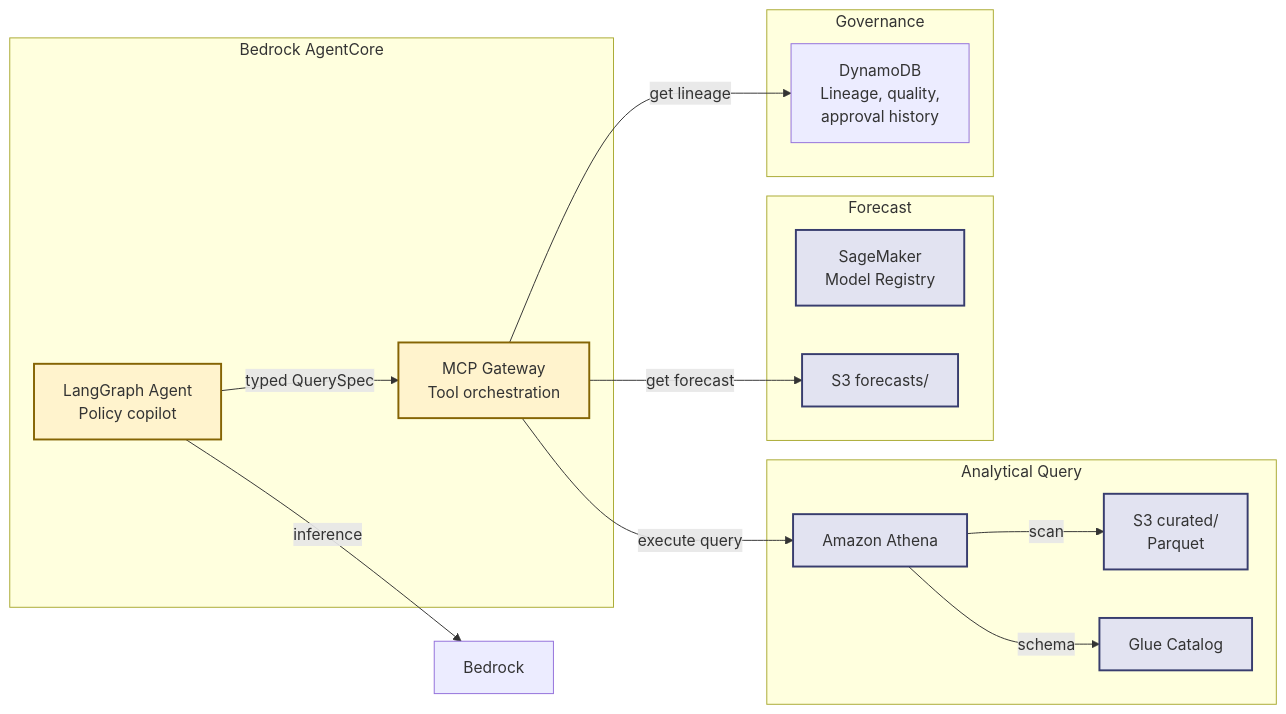
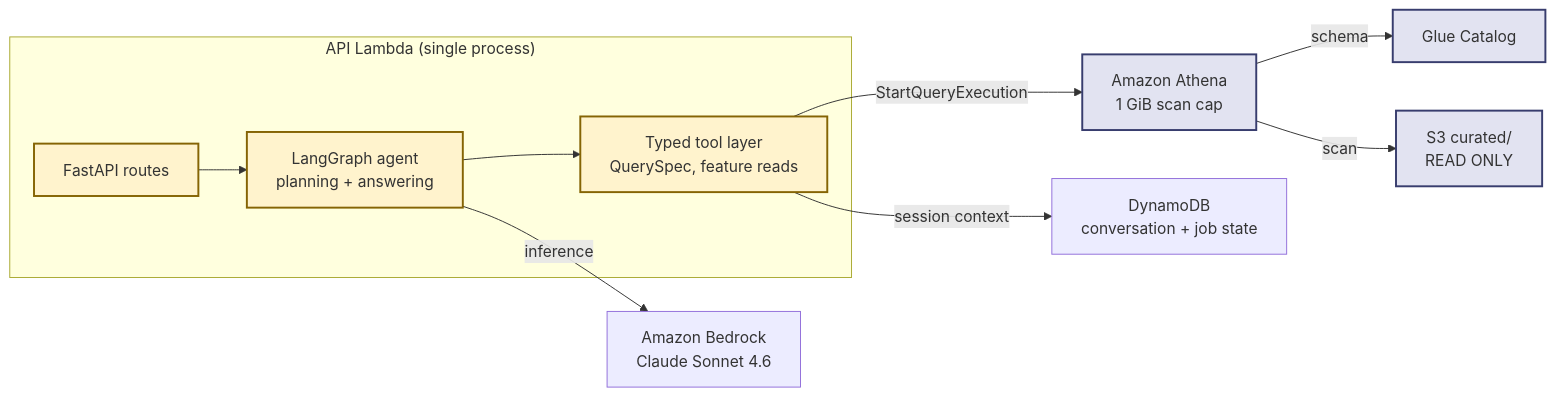
The third of 4 diagrams in docs/aws-architecture.md (rexw713ss/aws_smartcity_hackathon), drawn with Mermaid before and after one commit. The commit also changed other lines of this file and 1 other file, not shown here.

Commit message:
revised the aws architecture

````diff
--- a/docs/aws-architecture.md
+++ b/docs/aws-architecture.md
@@ -151,35 +149,27 @@
 ```mermaid
 graph LR
-    subgraph Agent["Bedrock AgentCore"]
-        GRAPH["LangGraph Agent<br/>Policy copilot"]
-        TOOLS["MCP Gateway<br/>Tool orchestration"]
+    subgraph ApiLambda["API Lambda (single process)"]
+        FASTAPI["FastAPI routes"]
+        AGENT["LangGraph agent<br/>planning + answering"]
+        TOOLS["Typed tool layer<br/>QuerySpec, feature reads"]
     end
 
-    subgraph Query["Analytical Query"]
-        ATHENA["Amazon Athena"]
-        S3["S3 curated/<br/>Parquet"]
-        GLUE["Glue Catalog"]
-    end
+    ATHENA["Amazon Athena<br/>1 GiB scan cap"]
+    GLUE["Glue Catalog"]
+    S3C["S3 curated/<br/>READ ONLY"]
+    DDB["DynamoDB<br/>conversation + job state"]
+    BEDROCK["Amazon Bedrock<br/>Claude Sonnet 4.6"]
 
-    subgraph Forecast["Forecast"]
-        SM_REG["SageMaker<br/>Model Registry"]
-        S3_FC["S3 forecasts/"]
-    end
-
-    subgraph Metadata["Governance"]
-        DDB["DynamoDB<br/>Lineage, quality,<br/>approval history"]
-    end
-
-    GRAPH -->|"typed QuerySpec"| TOOLS
-    TOOLS -->|"execute query"| ATHENA
-    ATHENA -->|"scan"| S3
+    FASTAPI --> AGENT
+    AGENT --> TOOLS
+    AGENT -->|"inference"| BEDROCK
+    TOOLS -->|"StartQueryExecution"| ATHENA
+    TOOLS -->|"session context"| DDB
     ATHENA -->|"schema"| GLUE
-    TOOLS -->|"get forecast"| S3_FC
-    TOOLS -->|"get lineage"| DDB
-    GRAPH -->|"inference"| BEDROCK["Bedrock"]
+    ATHENA -->|"scan"| S3C
 
     classDef agent fill:#fff3cd,stroke:#856404,stroke-width:2px
     classDef query fill:#e2e3f1,stroke:#383d6e,stroke-width:2px
-    class GRAPH,TOOLS agent
-    class ATHENA,S3,GLUE,SM_REG,S3_FC query
+    class FASTAPI,AGENT,TOOLS agent
+    class ATHENA,GLUE,S3C query
 ```
````
